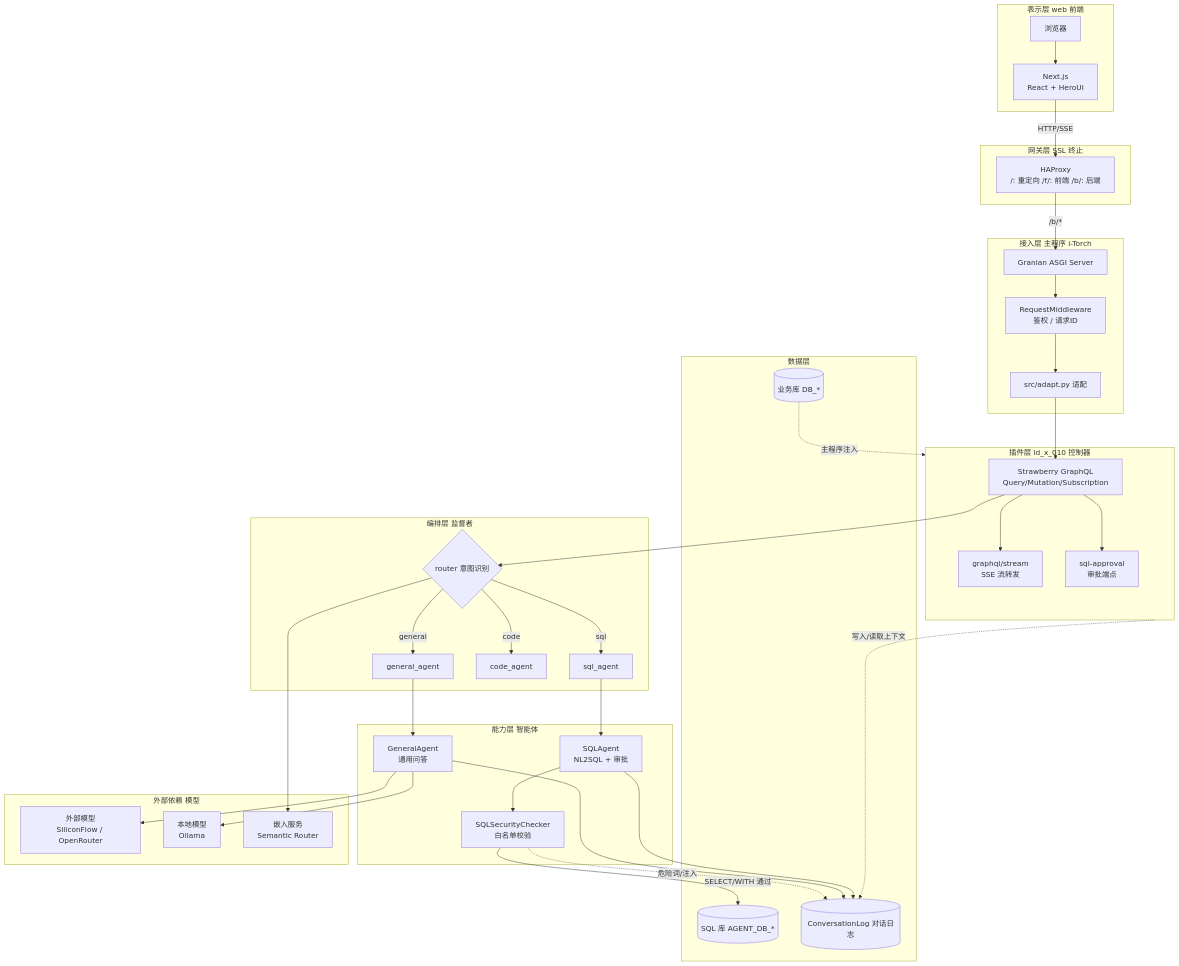
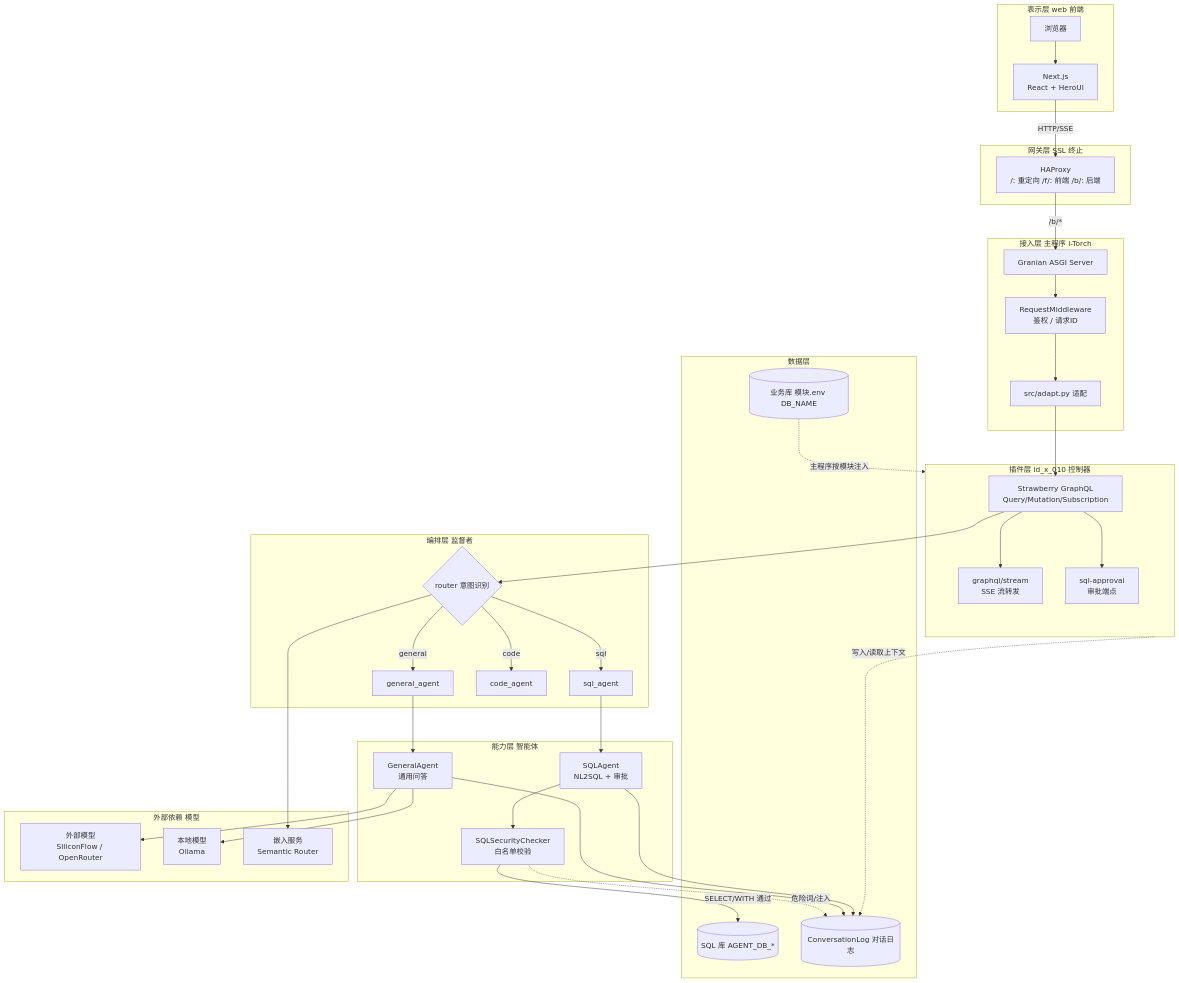
The first of 2 diagrams in README.md (i-TorchLabs/id_x_010), drawn with Mermaid before and after one commit. The commit also changed other lines of this file and 1 other file, not shown here.

````diff
--- a/README.md
+++ b/README.md
@@ -66,70 +66,70 @@
 ```mermaid
 graph TB
   subgraph L1[表示层 web 前端]
     Browser[浏览器]
     NextJS["Next.js<br/>React + HeroUI"]
   end
 
   subgraph L2[网关层 SSL 终止]
     HAProxy[HAProxy<br/>/: 重定向 /f/: 前端 /b/: 后端]
   end
 
   subgraph L3[接入层 主程序 i-Torch]
     Granian[Granian ASGI Server]
     MW[RequestMiddleware<br/>鉴权 / 请求ID]
     Adapt["src/adapt.py 适配"]
   end
 
   subgraph L4[插件层 id_x_010 控制器]
     GQL[Strawberry GraphQL<br/>Query/Mutation/Subscription]
     SSE[graphql/stream<br/>SSE 流转发]
     Approve[sql-approval<br/>审批端点]
   end
 
   subgraph L5[编排层 监督者]
     Router{router 意图识别}
     Router -->|general| GenA[general_agent]
     Router -->|sql| SqlA[sql_agent]
     Router -->|code| CodeA[code_agent]
   end
 
   subgraph L6[能力层 智能体]
     General[GeneralAgent<br/>通用问答]
     SQLAgent["SQLAgent<br/>NL2SQL + 审批"]
     SACheck[SQLSecurityChecker<br/>白名单校验]
   end
 
   subgraph L7[数据层]
-    BizDB[(业务库 DB_*)]
+    BizDB[(业务库 模块.env DB_NAME)]
     AgentDB[(SQL 库 AGENT_DB_*)]
     ConvLog[(ConversationLog 对话日志)]
   end
 
   subgraph L8[外部依赖 模型]
     Ext[外部模型<br/>SiliconFlow / OpenRouter]
     Local[本地模型<br/>Ollama]
     Emb[嵌入服务<br/>Semantic Router]
   end
 
   Browser --> NextJS
   NextJS -->|HTTP/SSE| HAProxy
   HAProxy -->|/b/*| Granian
   Granian --> MW
   MW --> Adapt
   Adapt --> GQL
   GQL --> SSE
   GQL --> Approve
   GQL --> Router
   GenA --> General
   SqlA --> SQLAgent
   SQLAgent --> SACheck
   SACheck -->|SELECT/WITH 通过| AgentDB
   SACheck -.->|危险词/注入| ConvLog
   General --> ConvLog
   SQLAgent --> ConvLog
   General --> Ext
   General --> Local
   Router --> Emb
   L4 -.->|写入/读取上下文| ConvLog
-  BizDB -.->|主程序注入| L4
+  BizDB -.->|主程序按模块注入| L4
 ```
````
